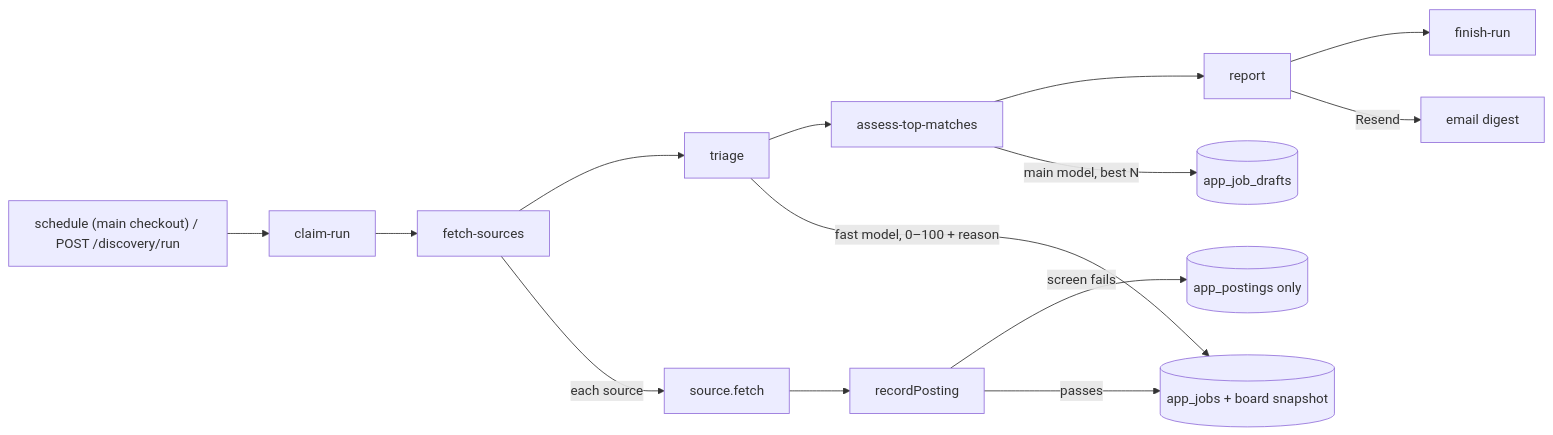
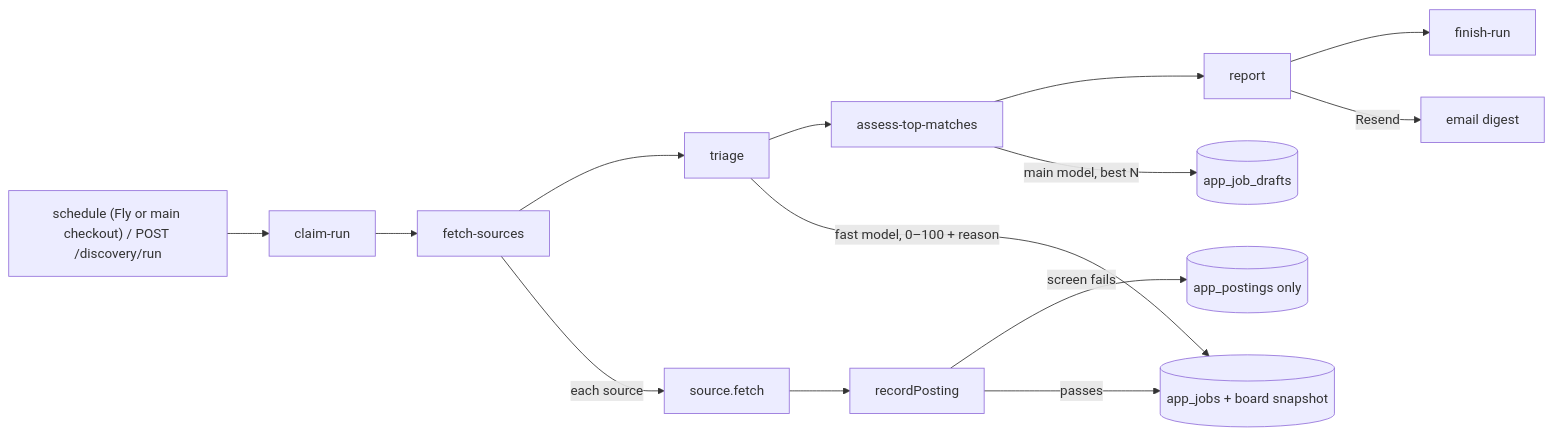
The diagram in apps/agent/src/discovery/AGENTS.md (pppdns/job-agent-mastra), drawn with Mermaid before and after one commit. The commit also changed other lines of this file and 15 other files, not shown here.

````diff
--- a/apps/agent/src/discovery/AGENTS.md
+++ b/apps/agent/src/discovery/AGENTS.md
@@ -5,11 +5,11 @@
 ```mermaid
 flowchart LR
-  T["schedule (main checkout) / POST /discovery/run"] --> C[claim-run]
+  T["schedule (Fly or main checkout) / POST /discovery/run"] --> C[claim-run]
   C --> F[fetch-sources] --> TR[triage] --> AS[assess-top-matches] --> R[report] --> X[finish-run]
   F -->|each source| S[source.fetch] --> P[recordPosting]
   P -->|screen fails| PO[(app_postings only)]
   P -->|passes| J[(app_jobs + board snapshot)]
   TR -->|fast model, 0–100 + reason| J
   AS -->|main model, best N| D[(app_job_drafts)]
   R -->|Resend| E[email digest]
 ```
````
